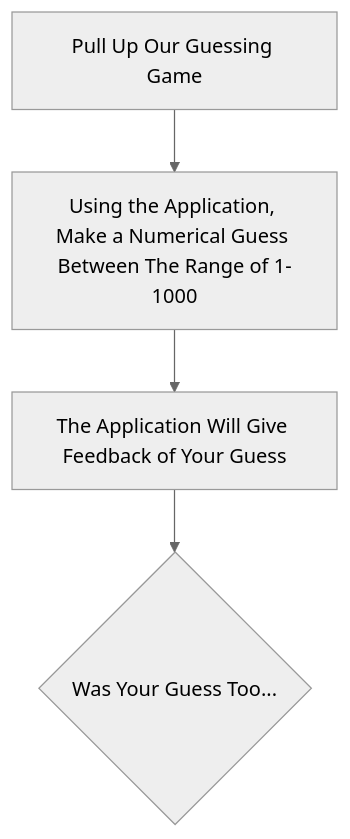
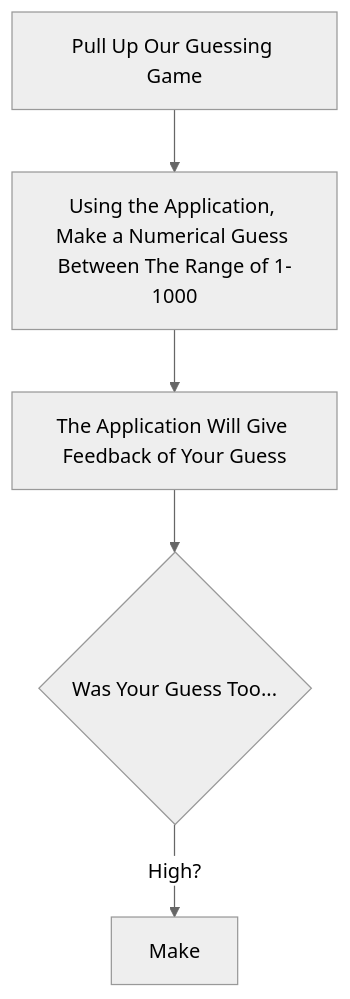
The diagram in README.md (isagar930/isagar930.github.io), drawn with Mermaid (neutral theme) before and after one commit.

````diff
--- a/README.md
+++ b/README.md
@@ -21,5 +21,6 @@
 ```mermaid
 flowchart TD
 A[Pull Up Our Guessing Game] --> B[Using the Application, Make a Numerical Guess Between The Range of 1-1000] --> C[The Application Will Give Feedback of Your Guess]
 --> D{Was Your Guess Too...}
+D --> |High?| E[Make]
 ```
````
